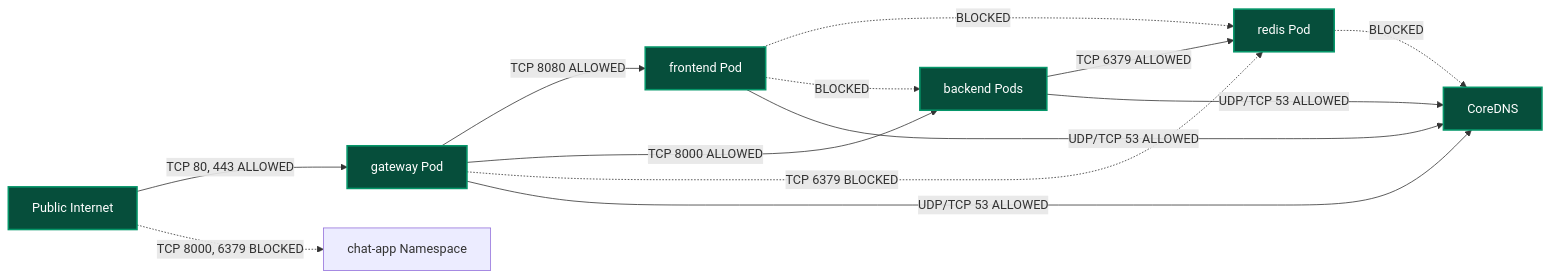
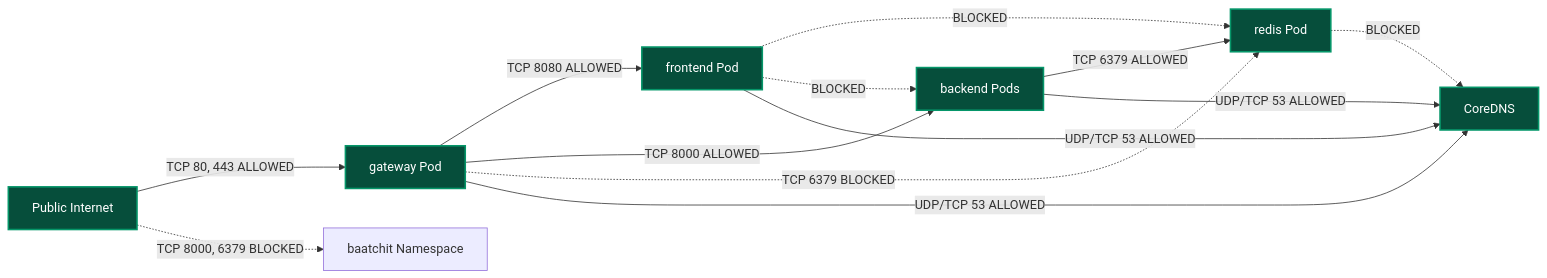
Before and after one commit to pawankgandhi15/Chat_App: the third of 3 diagrams in docs/ARCHITECTURE.md, drawn with Mermaid. The commit also changed other lines of this file and 68 other files, not shown here.

````diff
--- a/docs/ARCHITECTURE.md
+++ b/docs/ARCHITECTURE.md
@@ -184,22 +184,22 @@
 ```mermaid
 flowchart LR
     Internet["Public Internet"] -->|TCP 80, 443 ALLOWED| GW["gateway Pod"]
-    Internet -.->|TCP 8000, 6379 BLOCKED| Cluster["chat-app Namespace"]
+    Internet -.->|TCP 8000, 6379 BLOCKED| Cluster["baatchit Namespace"]
 
     GW -->|TCP 8080 ALLOWED| FE["frontend Pod"]
     GW -->|TCP 8000 ALLOWED| BE["backend Pods"]
     GW -.->|TCP 6379 BLOCKED| RD["redis Pod"]
 
     BE -->|TCP 6379 ALLOWED| RD
     FE -.->|BLOCKED| RD
     FE -.->|BLOCKED| BE
 
     GW -->|UDP/TCP 53 ALLOWED| DNS["CoreDNS"]
     BE -->|UDP/TCP 53 ALLOWED| DNS
     FE -->|UDP/TCP 53 ALLOWED| DNS
     RD -.->|BLOCKED| DNS
 
     classDef allow fill:#064e3b,stroke:#059669,stroke-width:2px,color:#ffffff;
     classDef block fill:#7f1d1d,stroke:#dc2626,stroke-width:2px,color:#ffffff;
     class Internet,GW,FE,BE,RD,DNS allow;
 ```
````
